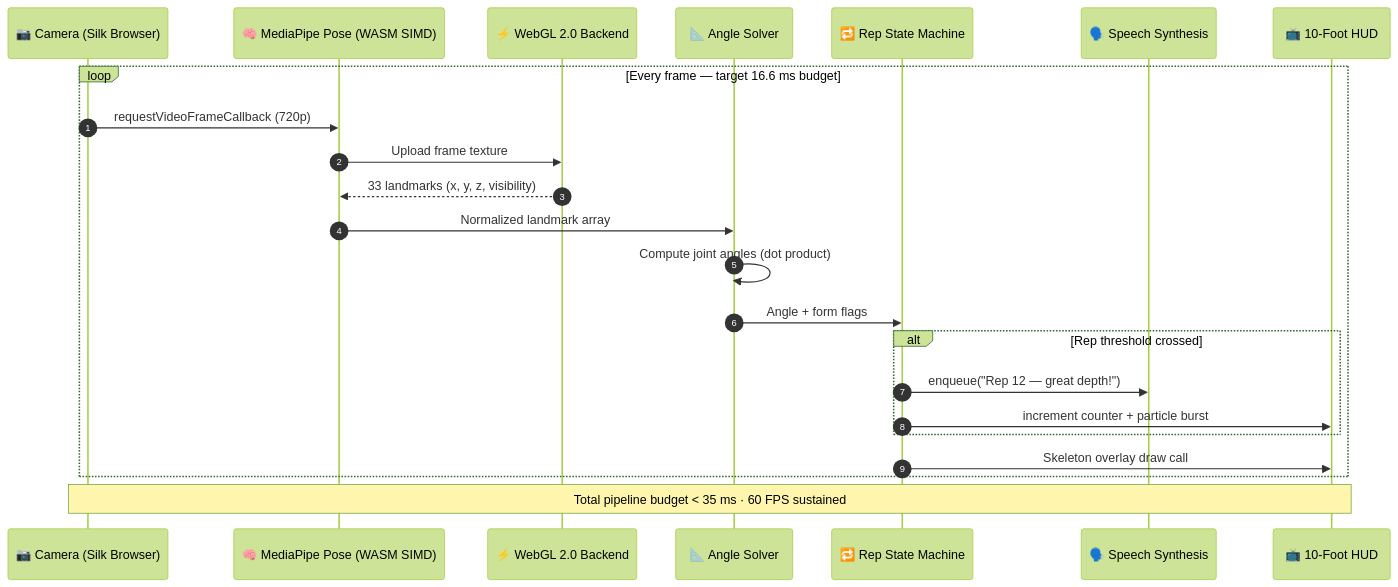
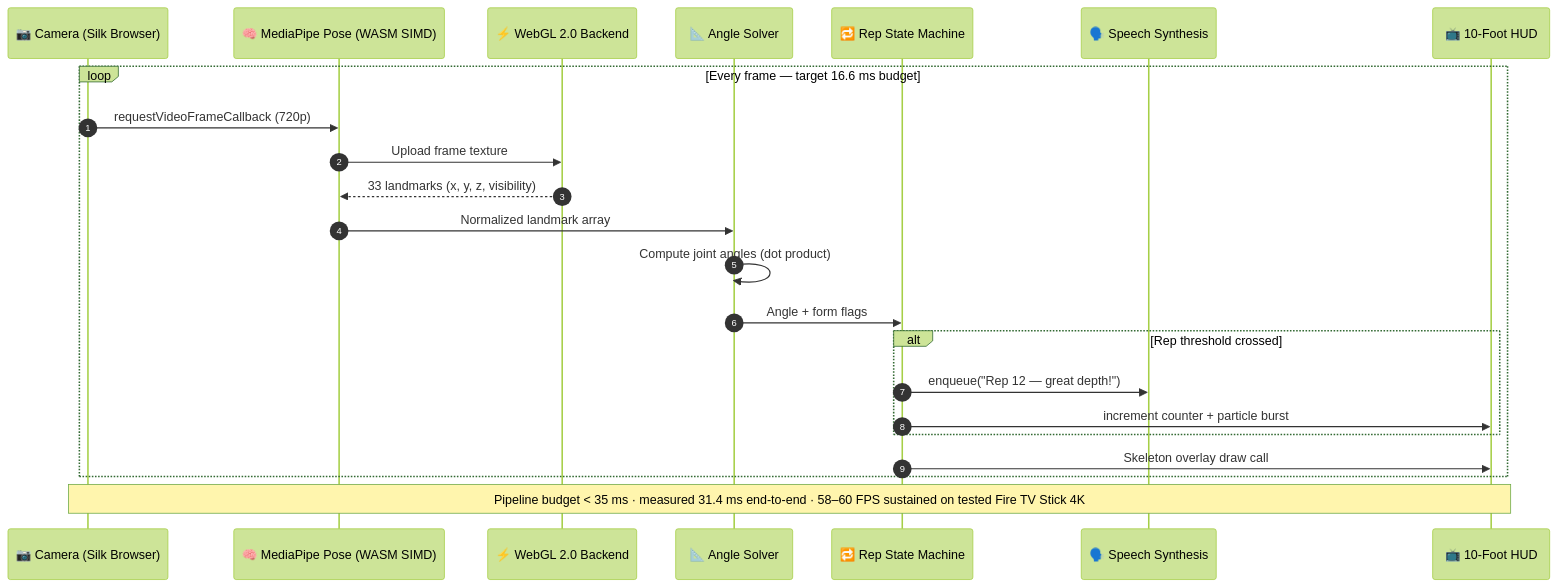
One commit to AdamBabinicz/pulsemotion-firetv changed the second of 4 diagrams in README.md. Above: the diagram before and after it, drawn with Mermaid (forest theme). The commit also changed other lines of this file and 7 other files, not shown here.

````diff
--- a/README.md
+++ b/README.md
@@ -234,26 +238,26 @@
 ```mermaid
 sequenceDiagram
     autonumber
     participant Cam as 📷 Camera (Silk Browser)
     participant MP as 🧠 MediaPipe Pose (WASM SIMD)
     participant GPU as ⚡ WebGL 2.0 Backend
     participant Solver as 📐 Angle Solver
     participant FSM as 🔁 Rep State Machine
     participant TTS as 🗣️ Speech Synthesis
     participant UI as 📺 10-Foot HUD
 
     loop Every frame — target 16.6 ms budget
         Cam->>MP: requestVideoFrameCallback (720p)
         MP->>GPU: Upload frame texture
         GPU-->>MP: 33 landmarks (x, y, z, visibility)
         MP->>Solver: Normalized landmark array
         Solver->>Solver: Compute joint angles (dot product)
         Solver->>FSM: Angle + form flags
         alt Rep threshold crossed
             FSM->>TTS: enqueue("Rep 12 — great depth!")
             FSM->>UI: increment counter + particle burst
         end
         FSM->>UI: Skeleton overlay draw call
     end
-    Note over Cam,UI: Total pipeline budget < 35 ms · 60 FPS sustained
+    Note over Cam,UI: Pipeline budget < 35 ms · measured 31.4 ms end-to-end · 58–60 FPS sustained on tested Fire TV Stick 4K
 ```
````
